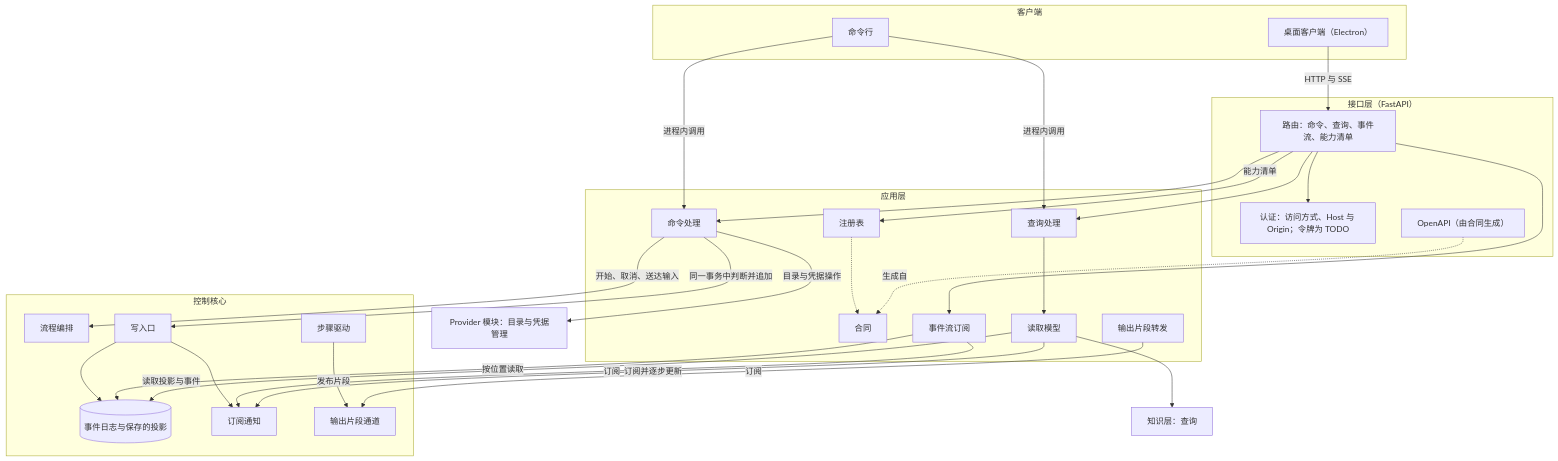
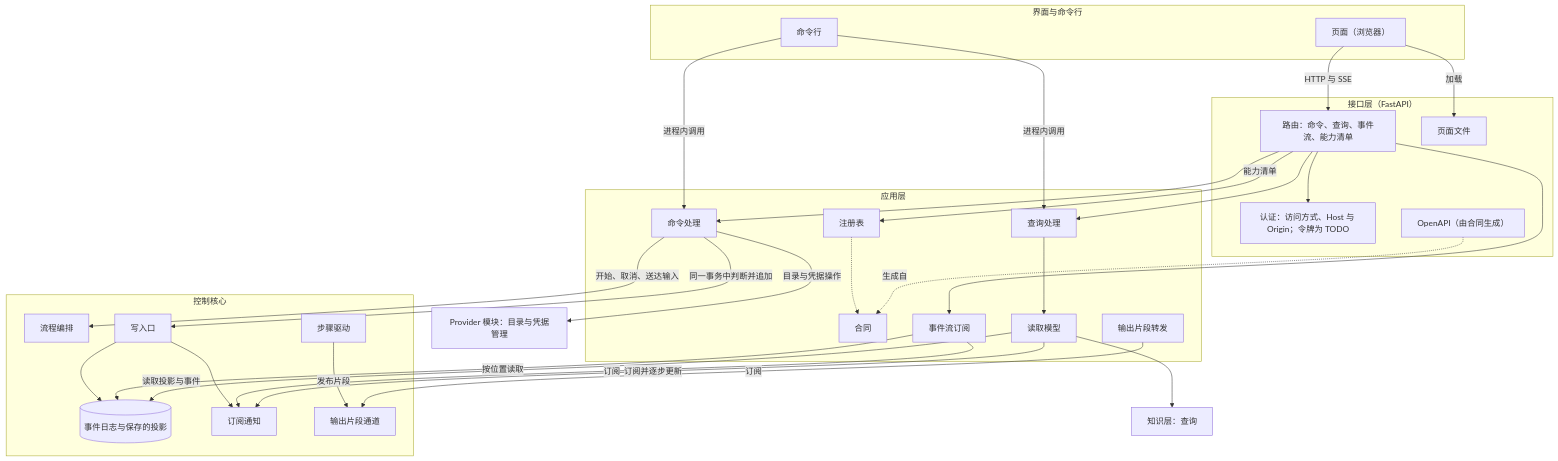
The first of 3 diagrams in docs/design/app-and-interface.md (bender2333/yudao), drawn with Mermaid before and after one commit. The commit also changed other lines of this file and 31 other files, not shown here.

````diff
--- a/docs/design/app-and-interface.md
+++ b/docs/design/app-and-interface.md
@@ -52,54 +52,56 @@
 ```mermaid
 flowchart TB
-  subgraph ClientL["客户端"]
-    Desk["桌面客户端（Electron）"]
+  subgraph UserL["界面与命令行"]
+    Page["页面（浏览器）"]
     Cli["命令行"]
   end
   subgraph ApiL["接口层（FastAPI）"]
     Routes["路由：命令、查询、事件流、能力清单"]
     Auth["认证：访问方式、Host 与 Origin；令牌为 TODO"]
     Doc["OpenAPI（由合同生成）"]
+    Files["页面文件"]
   end
   subgraph AppL["应用层"]
     Reg["注册表"]
     Contract["合同"]
     Cmd["命令处理"]
     Qry["查询处理"]
     RM["读取模型"]
     Sub["事件流订阅"]
     Live["输出片段转发"]
   end
   subgraph CoreL["控制核心"]
     Orch["流程编排"]
     Step["步骤驱动"]
     Write["写入口"]
     Log[("事件日志与保存的投影")]
     Notify["订阅通知"]
     Chan["输出片段通道"]
   end
   Know["知识层：查询"]
   ProvM["Provider 模块：目录与凭据管理"]
-  Desk -->|"HTTP 与 SSE"| Routes
+  Page -->|"加载"| Files
+  Page -->|"HTTP 与 SSE"| Routes
   Cli -->|"进程内调用"| Cmd
   Cli -->|"进程内调用"| Qry
   Routes --> Auth
   Routes --> Cmd
   Routes --> Qry
   Routes --> Sub
   Routes -->|"能力清单"| Reg
   Doc -.->|"生成自"| Contract
   Reg -.-> Contract
   Cmd -->|"同一事务中判断并追加"| Write
   Cmd -->|"开始、取消、送达输入"| Orch
   Cmd -->|"目录与凭据操作"| ProvM
   Qry --> RM
   RM -->|"读取投影与事件"| Log
   RM -->|"订阅并逐步更新"| Notify
   RM --> Know
   Sub -->|"按位置读取"| Log
   Sub -->|"订阅"| Notify
   Live -->|"订阅"| Chan
   Step -->|"发布片段"| Chan
   Write --> Log
   Write --> Notify
 ```
````
